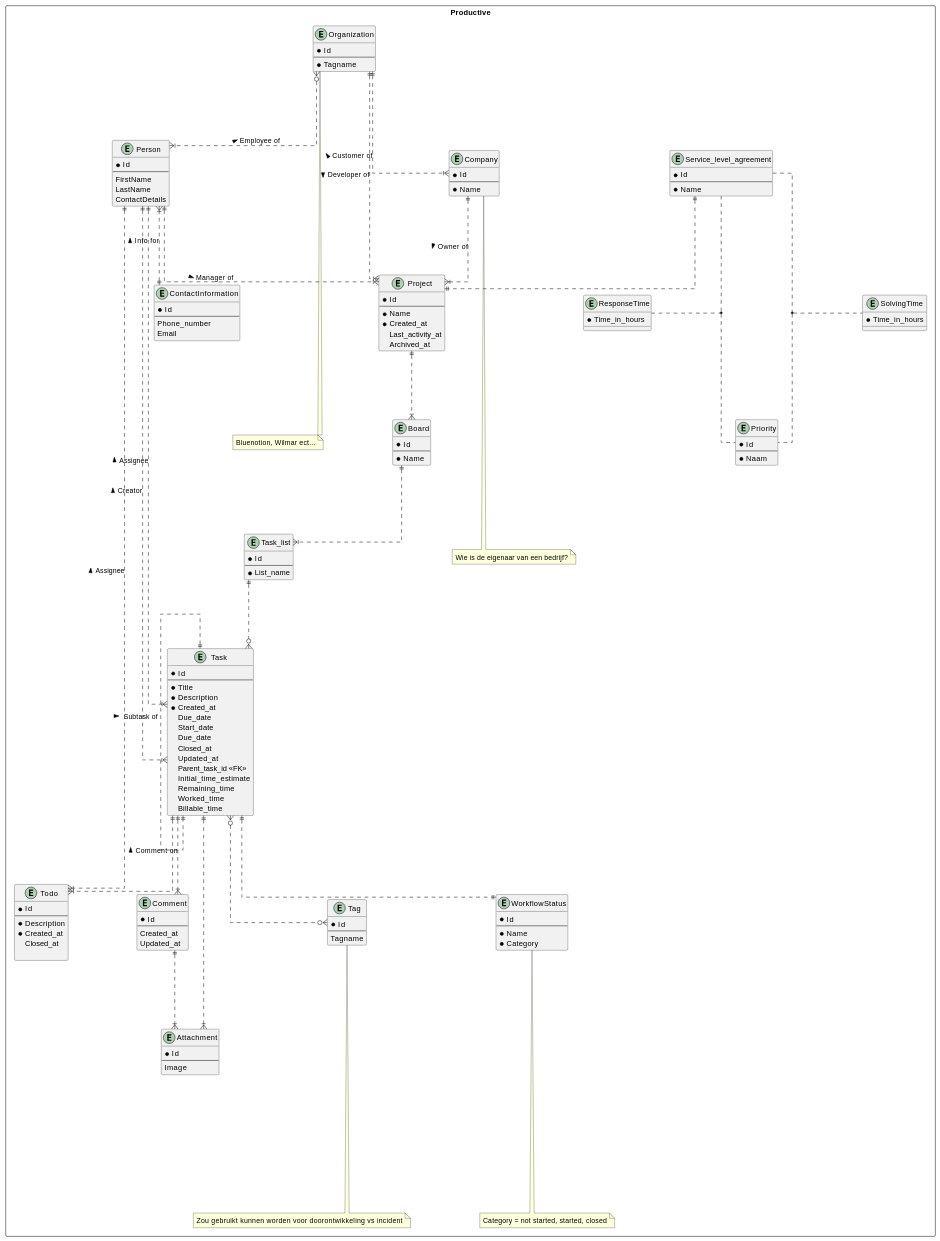
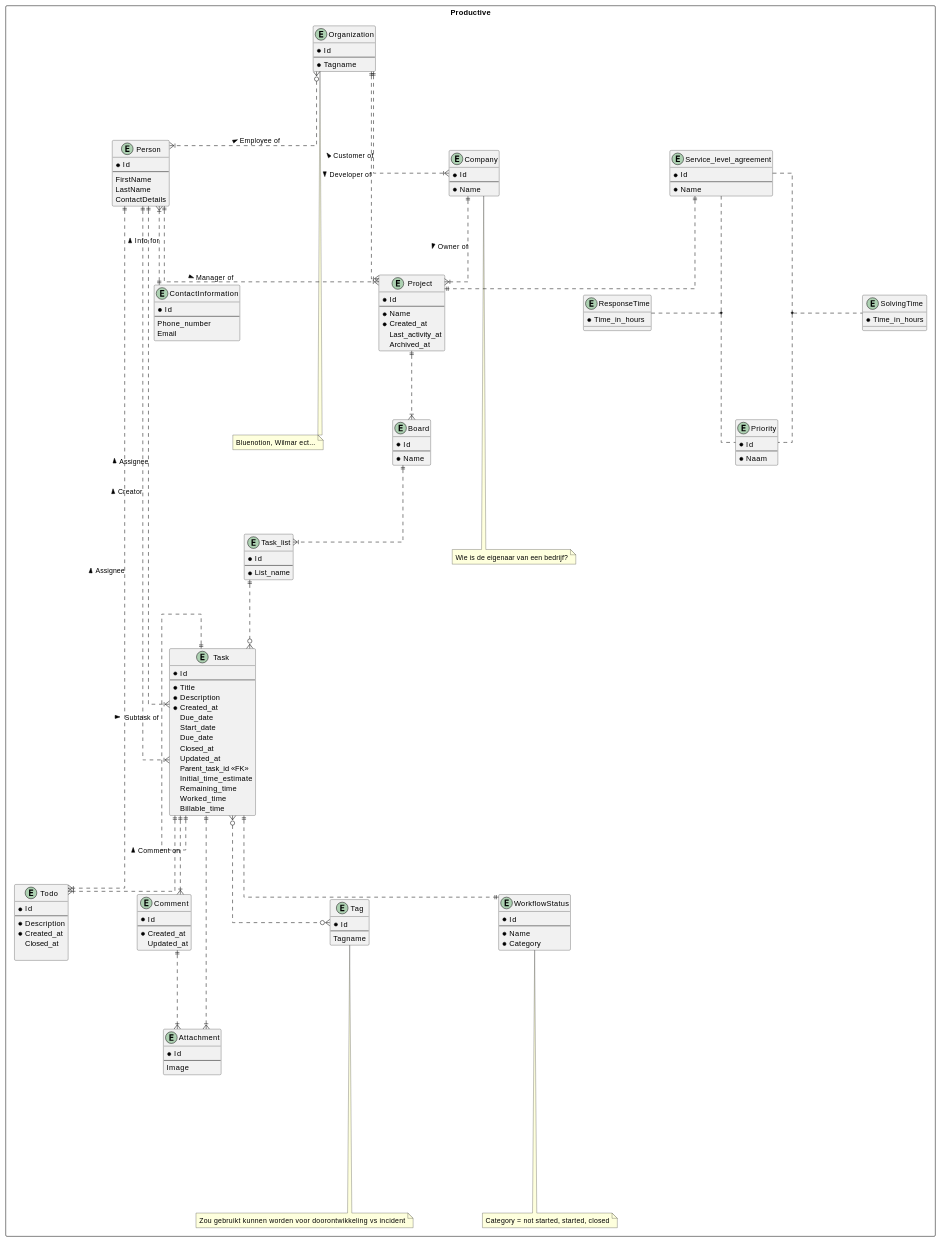
One commit to DCReceveur/pre-afstudeer-docs changed the diagram in Documentatie/TechnischOntwerp.md. Above: the diagram before and after it, drawn with PlantUML. The commit also changed other lines of this file and 4 other files, not shown here.

```diff
--- a/Documentatie/TechnischOntwerp.md
+++ b/Documentatie/TechnischOntwerp.md
@@ -81,7 +81,7 @@
   entity Comment{
     *Id
     --
-    Created_at
+    *Created_at
     Updated_at
   }
 
```
